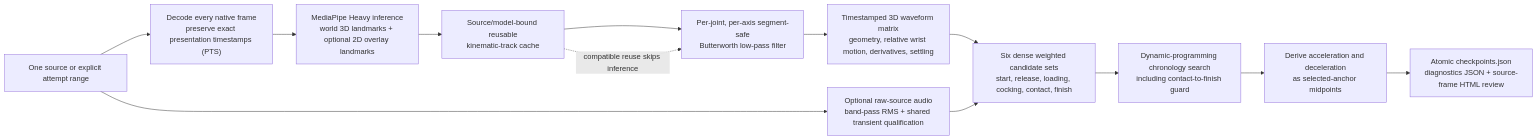
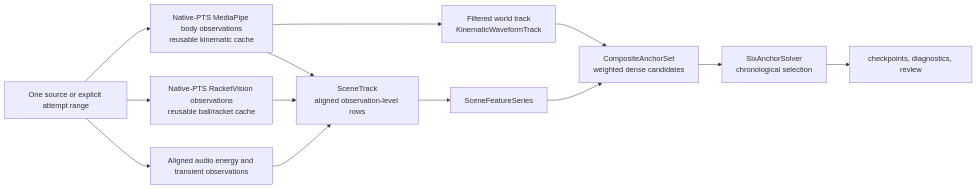
One commit to danong/tennis-coach changed the diagram in docs/reference/serve-stage-checkpoint-analysis.md. Above: the diagram before and after it, drawn with Mermaid. The commit also changed 5 other files, not shown here.

Commit message:
Refresh architecture documentation

````diff
--- a/docs/reference/serve-stage-checkpoint-analysis.md
+++ b/docs/reference/serve-stage-checkpoint-analysis.md
@@ -41,18 +41,25 @@
 ```mermaid
 flowchart LR
     source["One source or explicit attempt range"]
-    pts["Decode every native frame<br/>preserve exact presentation timestamps (PTS)"]
-    pose["MediaPipe Heavy inference<br/>world 3D landmarks + optional 2D overlay landmarks"]
-    cache["Source/model-bound reusable<br/>kinematic-track cache"]
-    filter["Per-joint, per-axis segment-safe<br/>Butterworth low-pass filter"]
-    waves["Timestamped 3D waveform matrix<br/>geometry, relative wrist motion, derivatives, settling"]
-    audio["Optional raw-source audio<br/>band-pass RMS + shared transient qualification"]
-    candidates["Six dense weighted candidate sets<br/>start, release, loading, cocking, contact, finish"]
-    dp["Dynamic-programming chronology search<br/>including contact-to-finish guard"]
-    derived["Derive acceleration and deceleration<br/>as selected-anchor midpoints"]
-    review["Atomic checkpoints.json<br/>diagnostics JSON + source-frame HTML review"]
+    body["Native-PTS MediaPipe body observations<br/>reusable kinematic cache"]
+    racket["Native-PTS RacketVision observations<br/>reusable ball/racket cache"]
+    audio["Aligned audio energy and transient observations"]
+    scene["SceneTrack<br/>aligned observation-level rows"]
+    wave["Filtered world track<br/>KinematicWaveformTrack"]
+    features["SceneFeatureSeries"]
+    candidates["CompositeAnchorSet<br/>weighted dense candidates"]
+    dp["SixAnchorSolver<br/>chronological selection"]
+    output["checkpoints, diagnostics, review"]
 
-    source --> pts --> pose --> cache --> filter --> waves --> candidates --> dp --> derived --> review
-    source --> audio --> candidates
-    cache -. compatible reuse skips inference .-> filter
+    source --> body
+    source --> racket
+    source --> audio
+    body --> scene
+    racket --> scene
+    audio --> scene
+    body --> wave
+    scene --> features
+    wave --> candidates
+    features --> candidates
+    candidates --> dp --> output
 ```
````
